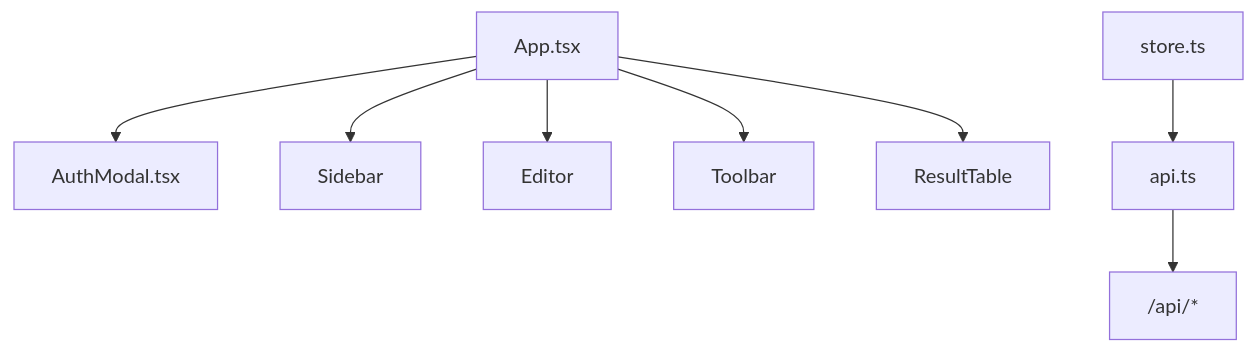
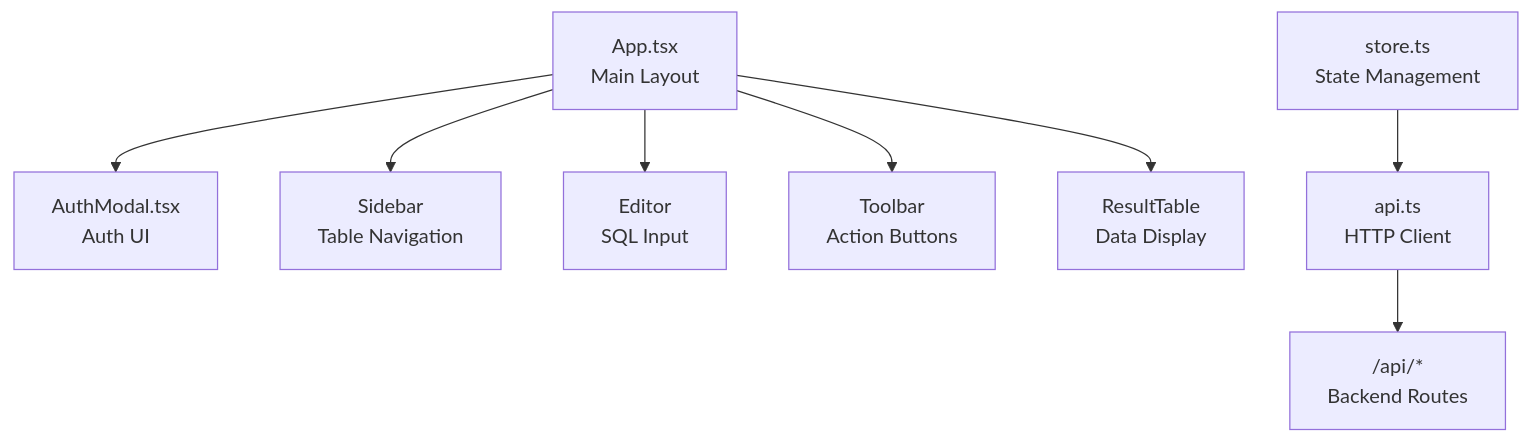
Before and after one commit to sutanto1010/crablite: the eighth of 10 diagrams in .qoder/repowiki/en/content/Architecture & Design.md, drawn with Mermaid. The commit also changed other lines of this file and 7 other files, not shown here.

First line of the commit message:
docs(architecture): update detailed system architecture and documentation

````diff
--- a/.qoder/repowiki/en/content/Architecture & Design.md
+++ b/.qoder/repowiki/en/content/Architecture & Design.md
@@ -314,10 +331,10 @@
 ```mermaid
 graph TB
-FE_App["App.tsx"] --> FE_Auth["AuthModal.tsx"]
-FE_App --> FE_Sidebar["Sidebar"]
-FE_App --> FE_Editor["Editor"]
-FE_App --> FE_Toolbar["Toolbar"]
-FE_App --> FE_Result["ResultTable"]
-FE_Store["store.ts"] --> FE_API["api.ts"]
-FE_API --> BE_API["/api/*"]
+FE_App["App.tsx<br/>Main Layout"] --> FE_Auth["AuthModal.tsx<br/>Auth UI"]
+FE_App --> FE_Sidebar["Sidebar<br/>Table Navigation"]
+FE_App --> FE_Editor["Editor<br/>SQL Input"]
+FE_App --> FE_Toolbar["Toolbar<br/>Action Buttons"]
+FE_App --> FE_Result["ResultTable<br/>Data Display"]
+FE_Store["store.ts<br/>State Management"] --> FE_API["api.ts<br/>HTTP Client"]
+FE_API --> BE_API["/api/*<br/>Backend Routes"]
 ```
````
